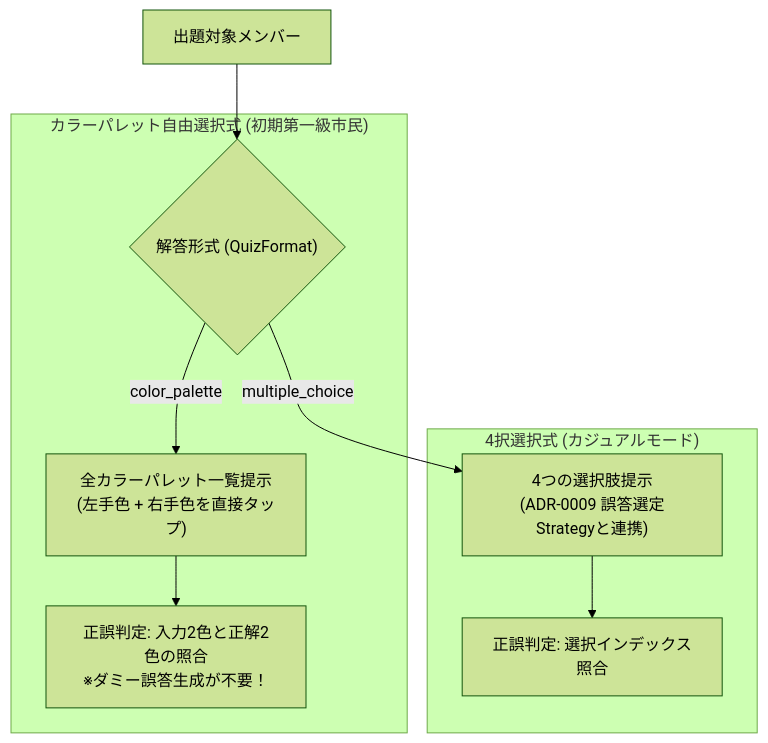
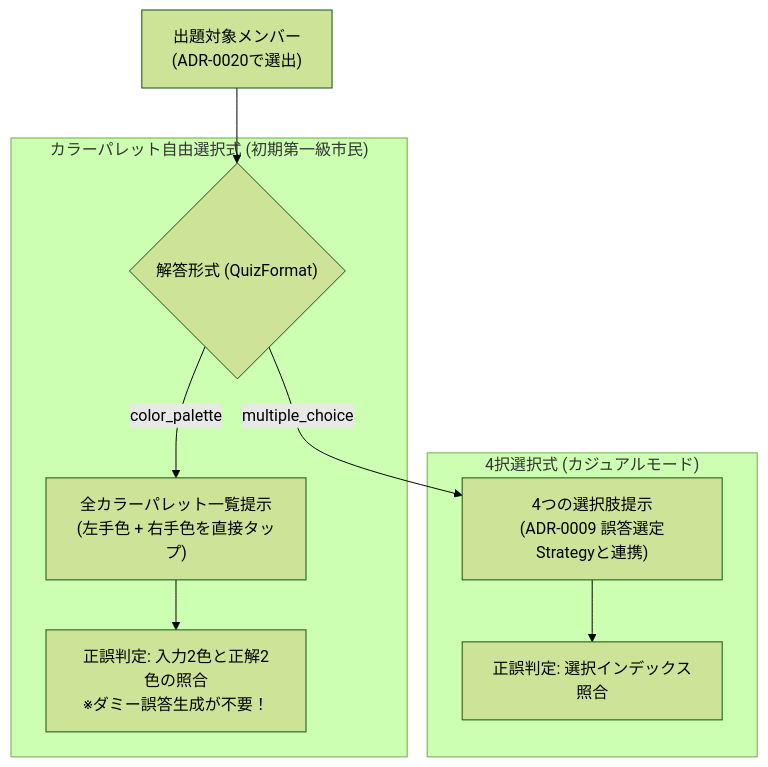
The diagram in adr/0019-quiz-format-strategy-and-color-palette-architecture.md (AobaIwaki123/penlight-v2), drawn with Mermaid (forest theme) before and after one commit. The commit also changed other lines of this file and 3 other files, not shown here.

````diff
--- a/adr/0019-quiz-format-strategy-and-color-palette-architecture.md
+++ b/adr/0019-quiz-format-strategy-and-color-palette-architecture.md
@@ -25,14 +25,14 @@
 ```mermaid
 flowchart TD
-    Target["出題対象メンバー"] --> Format{"解答形式 (QuizFormat)"}
+    Target["出題対象メンバー<br/>(ADR-0020で選出)"] --> Format{"解答形式 (QuizFormat)"}
     
     subgraph Mode1 ["カラーパレット自由選択式 (初期第一級市民)"]
         Format -->|color_palette| Pal["全カラーパレット一覧提示<br/>(左手色 + 右手色を直接タップ)"]
         Pal --> Ver1["正誤判定: 入力2色と正解2色の照合<br/>※ダミー誤答生成が不要！"]
     end
 
     subgraph Mode2 ["4択選択式 (カジュアルモード)"]
         Format -->|multiple_choice| Opt["4つの選択肢提示<br/>(ADR-0009 誤答選定Strategyと連携)"]
         Opt --> Ver2["正誤判定: 選択インデックス照合"]
     end
 ```
````
